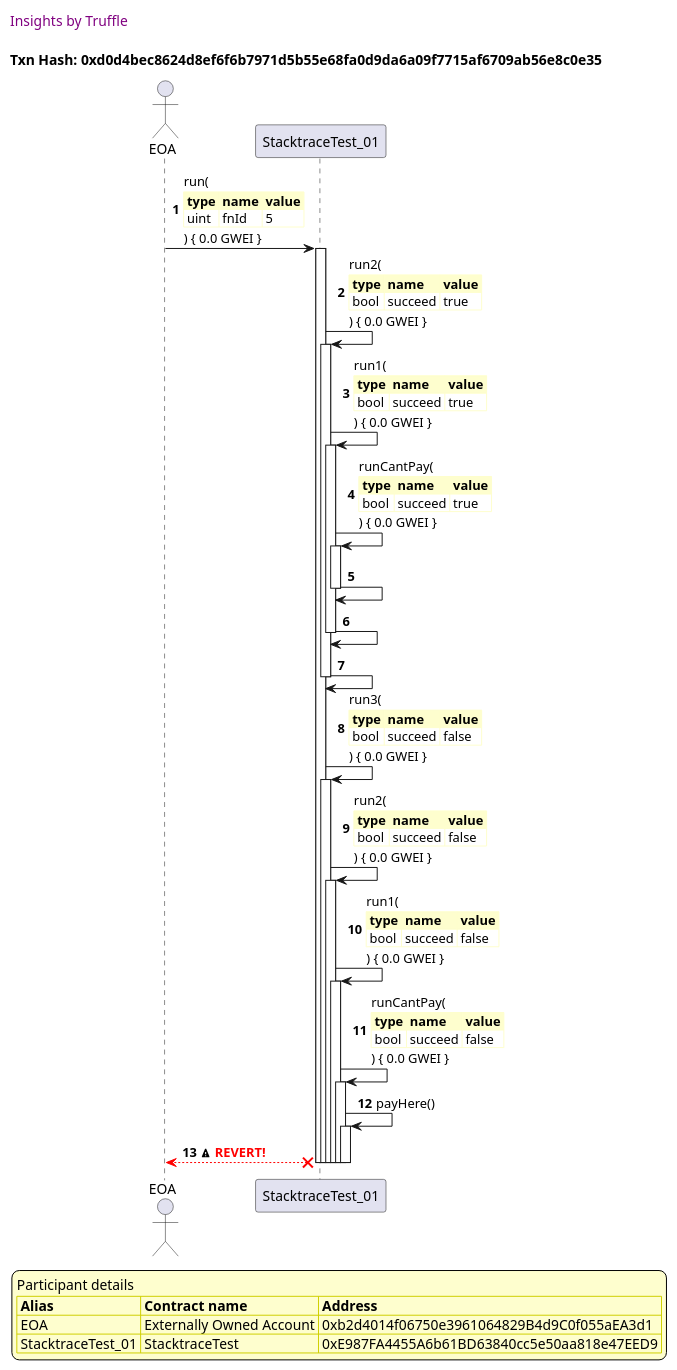
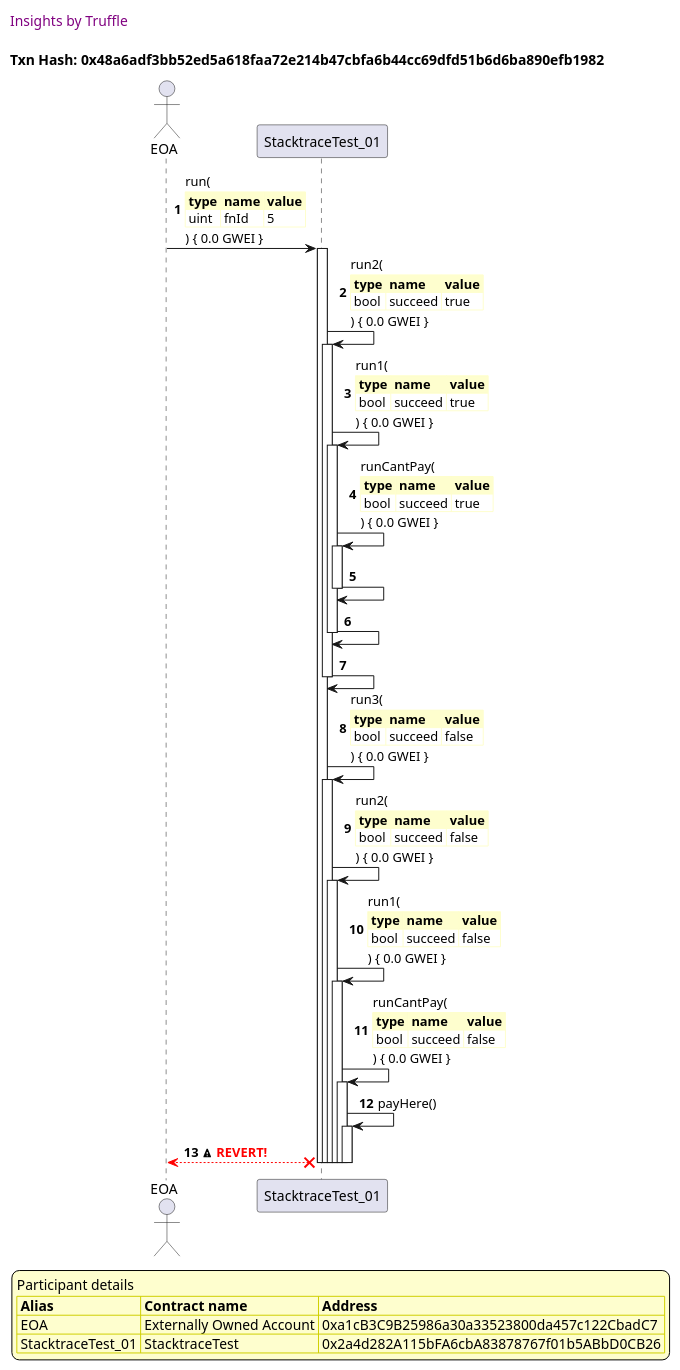
Before and after one commit to trufflesuite/txlog-seedlings: the eighth of 10 diagrams in truffle-seq/stacktrace.test.md, drawn with PlantUML. The commit also changed other lines of this file and 8 other files, not shown here.

````diff
--- a/truffle-seq/stacktrace.test.md
+++ b/truffle-seq/stacktrace.test.md
@@ -441,78 +441,78 @@
 ```plantuml
 
 
 @startuml
 
 autonumber
 skinparam legendBackgroundColor #FEFECE
 
 <style>
       header {
         HorizontalAlignment left
         FontColor purple
         FontSize 14
         Padding 10
       }
     </style>
 
 header Insights by Truffle
 
-title Txn Hash: 0xd0d4bec8624d8ef6f6b7971d5b55e68fa0d9da6a09f7715af6709ab56e8c0e35
+title Txn Hash: 0x48a6adf3bb52ed5a618faa72e214b47cbfa6b44cc69dfd51b6d6ba890efb1982
 
 
 actor EOA as "EOA"
 participant StacktraceTest_01 as "StacktraceTest_01"
 
 "EOA" -> "StacktraceTest_01" ++: run(\n\
 <#FEFECE,#FEFECE>|= type |= name |= value |\n\
 | uint | fnId | 5 |\n\
 ) { 0.0 GWEI }
 "StacktraceTest_01" -> "StacktraceTest_01" ++: run2(\n\
 <#FEFECE,#FEFECE>|= type |= name |= value |\n\
 | bool | succeed | true |\n\
 ) { 0.0 GWEI }
 "StacktraceTest_01" -> "StacktraceTest_01" ++: run1(\n\
 <#FEFECE,#FEFECE>|= type |= name |= value |\n\
 | bool | succeed | true |\n\
 ) { 0.0 GWEI }
 "StacktraceTest_01" -> "StacktraceTest_01" ++: runCantPay(\n\
 <#FEFECE,#FEFECE>|= type |= name |= value |\n\
 | bool | succeed | true |\n\
 ) { 0.0 GWEI }
 "StacktraceTest_01" -> "StacktraceTest_01" --: 
 "StacktraceTest_01" -> "StacktraceTest_01" --: 
 "StacktraceTest_01" -> "StacktraceTest_01" --: 
 "StacktraceTest_01" -> "StacktraceTest_01" ++: run3(\n\
 <#FEFECE,#FEFECE>|= type |= name |= value |\n\
 | bool | succeed | false |\n\
 ) { 0.0 GWEI }
 "StacktraceTest_01" -> "StacktraceTest_01" ++: run2(\n\
 <#FEFECE,#FEFECE>|= type |= name |= value |\n\
 | bool | succeed | false |\n\
 ) { 0.0 GWEI }
 "StacktraceTest_01" -> "StacktraceTest_01" ++: run1(\n\
 <#FEFECE,#FEFECE>|= type |= name |= value |\n\
 | bool | succeed | false |\n\
 ) { 0.0 GWEI }
 "StacktraceTest_01" -> "StacktraceTest_01" ++: runCantPay(\n\
 <#FEFECE,#FEFECE>|= type |= name |= value |\n\
 | bool | succeed | false |\n\
 ) { 0.0 GWEI }
 "StacktraceTest_01" -> "StacktraceTest_01" ++: payHere()
 "StacktraceTest_01" x-[#red]-> "EOA" --: <&warning> <color #red>**REVERT!**</color>
 deactivate "StacktraceTest_01"
 deactivate "StacktraceTest_01"
 deactivate "StacktraceTest_01"
 deactivate "StacktraceTest_01"
 deactivate "StacktraceTest_01"
 deactivate "StacktraceTest_01"
 
 legend
 Participant details
 <#FEFECE,#D0D000>|= Alias |= Contract name |= Address |
-<#FEFECE>| EOA | Externally Owned Account | 0xb2d4014f06750e3961064829B4d9C0f055aEA3d1 |
-<#FEFECE>| StacktraceTest_01 | StacktraceTest | 0xE987FA4455A6b61BD63840cc5e50aa818e47EED9 |
+<#FEFECE>| EOA | Externally Owned Account | 0xa1cB3C9B25986a30a33523800da457c122CbadC7 |
+<#FEFECE>| StacktraceTest_01 | StacktraceTest | 0x2a4d282A115bFA6cbA83878767f01b5ABbD0CB26 |
 endlegend
 
 @enduml
 ```
````
